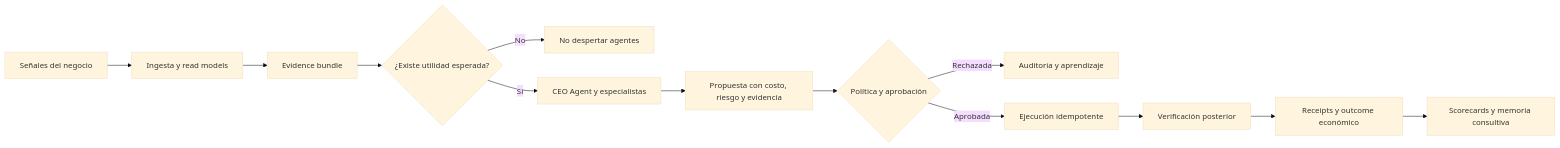
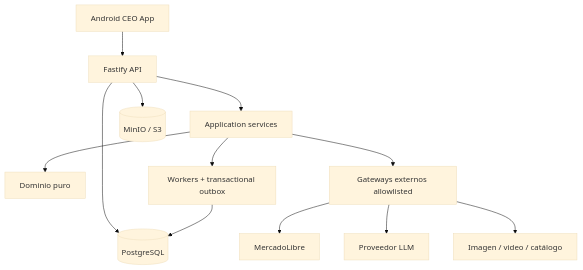
One commit to riquelmechile/EAUTO-AI changed the first of 2 diagrams in README.md. Above: the diagram before and after it, drawn with Mermaid (base theme). The commit also changed other lines of this file and 8 other files, not shown here.

````diff
--- a/README.md
+++ b/README.md
@@ -52,15 +145,16 @@
 ```mermaid
-flowchart LR
-    A[Señales del negocio] --> B[Ingesta y read models]
-    B --> C[Evidence bundle]
-    C --> D{¿Existe utilidad esperada?}
-    D -- No --> E[No despertar agentes]
-    D -- Sí --> F[CEO Agent y especialistas]
-    F --> G[Propuesta con costo, riesgo y evidencia]
-    G --> H{Política y aprobación}
-    H -- Rechazada --> I[Auditoría y aprendizaje]
-    H -- Aprobada --> J[Ejecución idempotente]
-    J --> K[Verificación posterior]
-    K --> L[Receipts y outcome económico]
-    L --> M[Scorecards y memoria consultiva]
+flowchart TB
+    Mobile[Android CEO App] --> API[Fastify API]
+    API --> App[Application services]
+    App --> Domain[Dominio puro]
+    App --> Worker[Workers + transactional outbox]
+
+    API --> PG[(PostgreSQL)]
+    Worker --> PG
+    API --> S3[(MinIO / S3)]
+
+    App --> Gateways[Gateways externos allowlisted]
+    Gateways --> ML[MercadoLibre]
+    Gateways --> LLM[Proveedor LLM]
+    Gateways --> Media[Imagen / video / catálogo]
 ```
````
